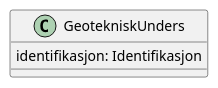
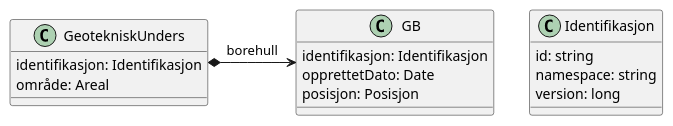
One commit to hallvard/sosi-lang changed the diagram in examples/test.puml. Above: the diagram before and after it, drawn with PlantUML. The commit also changed 7 other files, not shown here.

Commit message:
dele opp generator i to, til model og videre til plantuml

```diff
--- a/examples/test.puml
+++ b/examples/test.puml
@@ -1,5 +1,17 @@
 @startuml "ngu.nadag"
 class GeotekniskUnders {
     identifikasjon: Identifikasjon
+    område: Areal
 }
+class Identifikasjon {
+    id: string
+    namespace: string
+    version: long
+}
+class GB {
+    identifikasjon: Identifikasjon
+    opprettetDato: Date
+    posisjon: Posisjon
+}
+GeotekniskUnders  *->  GB: borehull
 @enduml
```
